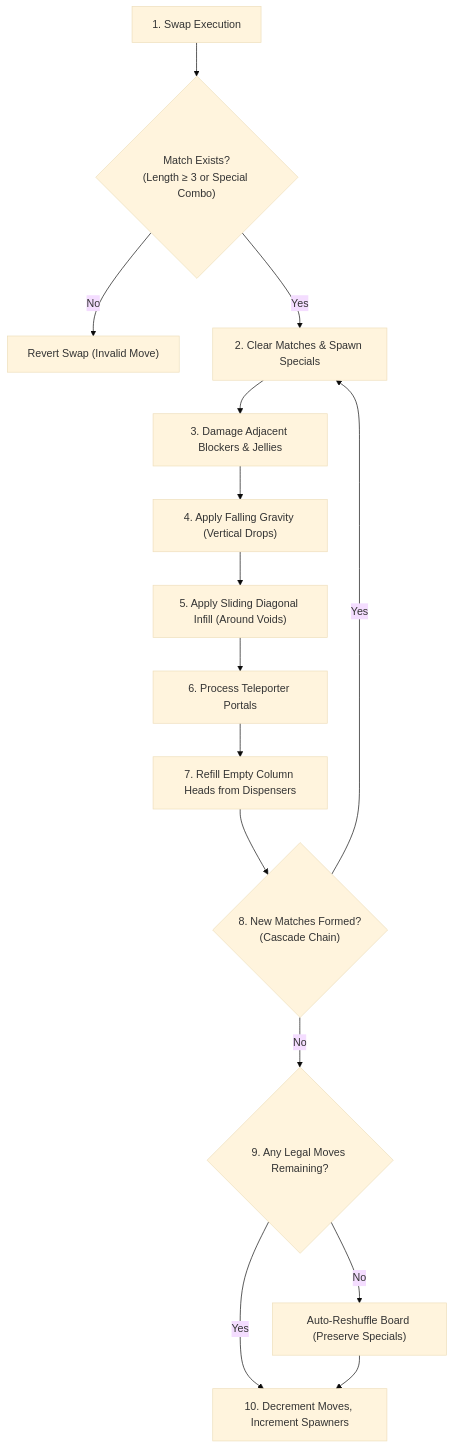
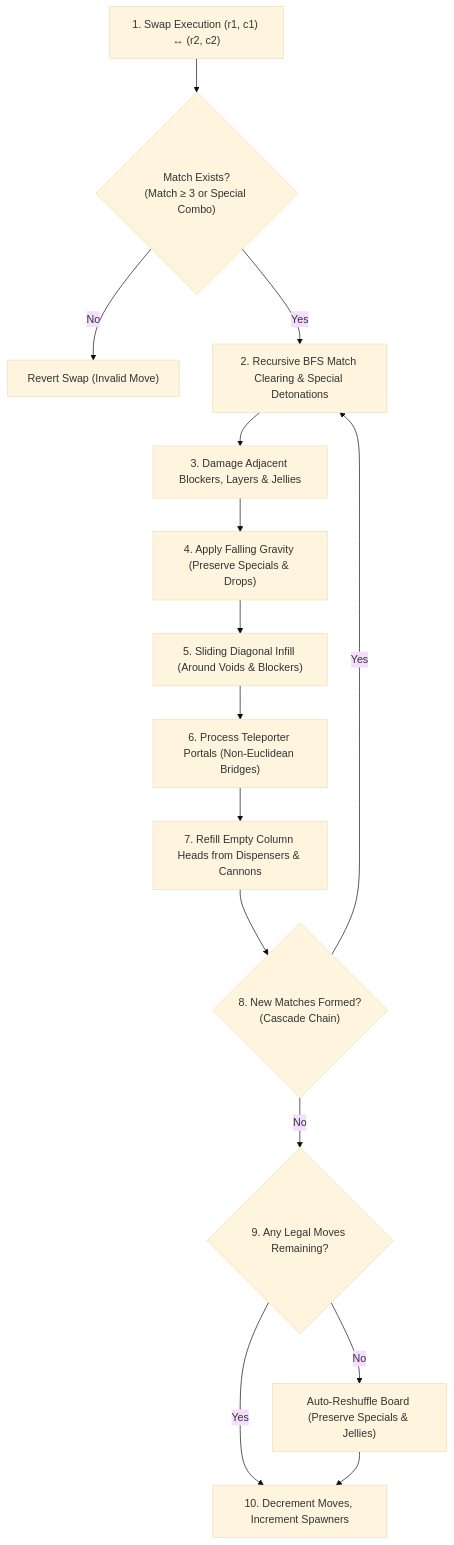
Before and after one commit to hammadshakeelai/Candy-Crush-AI: the diagram in knowledge_base/02_Game_Engine_Reverse_Engineering/King_Engine_Core_Physics.md, drawn with Mermaid (base theme). The commit also changed other lines of this file and 18 other files, not shown here.

Commit message:
docs(vault): preserve all subagent research, update knowledge base to 100% mastery & sync 79.3M Titan architecture

````diff
--- a/knowledge_base/02_Game_Engine_Reverse_Engineering/King_Engine_Core_Physics.md
+++ b/knowledge_base/02_Game_Engine_Reverse_Engineering/King_Engine_Core_Physics.md
@@ -27,19 +31,19 @@
 ```mermaid
 flowchart TD
-    Swap["1. Swap Execution"] --> CheckMatch{"Match Exists?<br>(Length ≥ 3 or Special Combo)"}
+    Swap["1. Swap Execution (r1, c1) ↔ (r2, c2)"] --> CheckMatch{"Match Exists?<br>(Match ≥ 3 or Special Combo)"}
     CheckMatch -- No --> Revert["Revert Swap (Invalid Move)"]
-    CheckMatch -- Yes --> ClearMatches["2. Clear Matches & Spawn Specials"]
+    CheckMatch -- Yes --> ClearMatches["2. Recursive BFS Match Clearing & Special Detonations"]
     
-    ClearMatches --> DamageNeighbors["3. Damage Adjacent Blockers & Jellies"]
-    DamageNeighbors --> ApplyGravity["4. Apply Falling Gravity (Vertical Drops)"]
-    ApplyGravity --> ApplySliding["5. Apply Sliding Diagonal Infill (Around Voids)"]
-    ApplySliding --> Portals["6. Process Teleporter Portals"]
-    Portals --> RefillDispensers["7. Refill Empty Column Heads from Dispensers"]
+    ClearMatches --> DamageNeighbors["3. Damage Adjacent Blockers, Layers & Jellies"]
+    DamageNeighbors --> ApplyGravity["4. Apply Falling Gravity (Preserve Specials & Drops)"]
+    ApplyGravity --> ApplySliding["5. Sliding Diagonal Infill (Around Voids & Blockers)"]
+    ApplySliding --> Portals["6. Process Teleporter Portals (Non-Euclidean Bridges)"]
+    Portals --> RefillDispensers["7. Refill Empty Column Heads from Dispensers & Cannons"]
     RefillDispensers --> CheckCascades{"8. New Matches Formed?<br>(Cascade Chain)"}
 
     CheckCascades -- Yes --> ClearMatches
     CheckCascades -- No --> CheckReshuffle{"9. Any Legal Moves Remaining?"}
     CheckReshuffle -- Yes --> EndTurn["10. Decrement Moves, Increment Spawners"]
-    CheckReshuffle -- No --> Reshuffle["Auto-Reshuffle Board (Preserve Specials)"]
+    CheckReshuffle -- No --> Reshuffle["Auto-Reshuffle Board (Preserve Specials & Jellies)"]
     Reshuffle --> EndTurn
 ```
````
